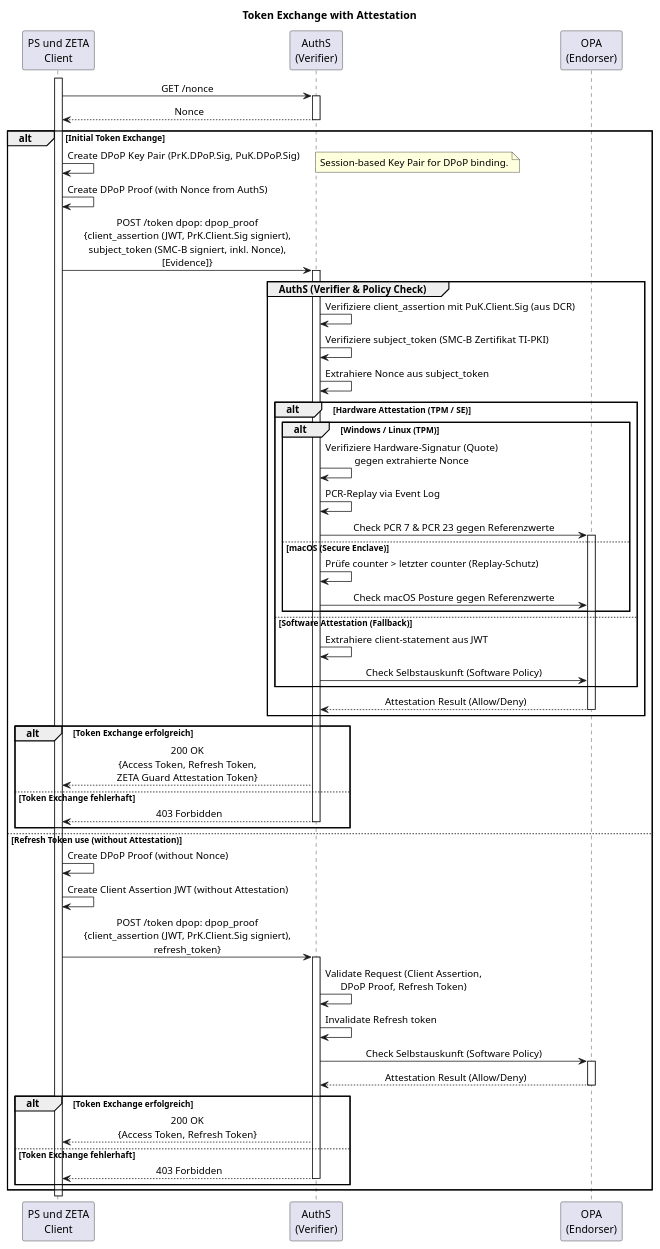
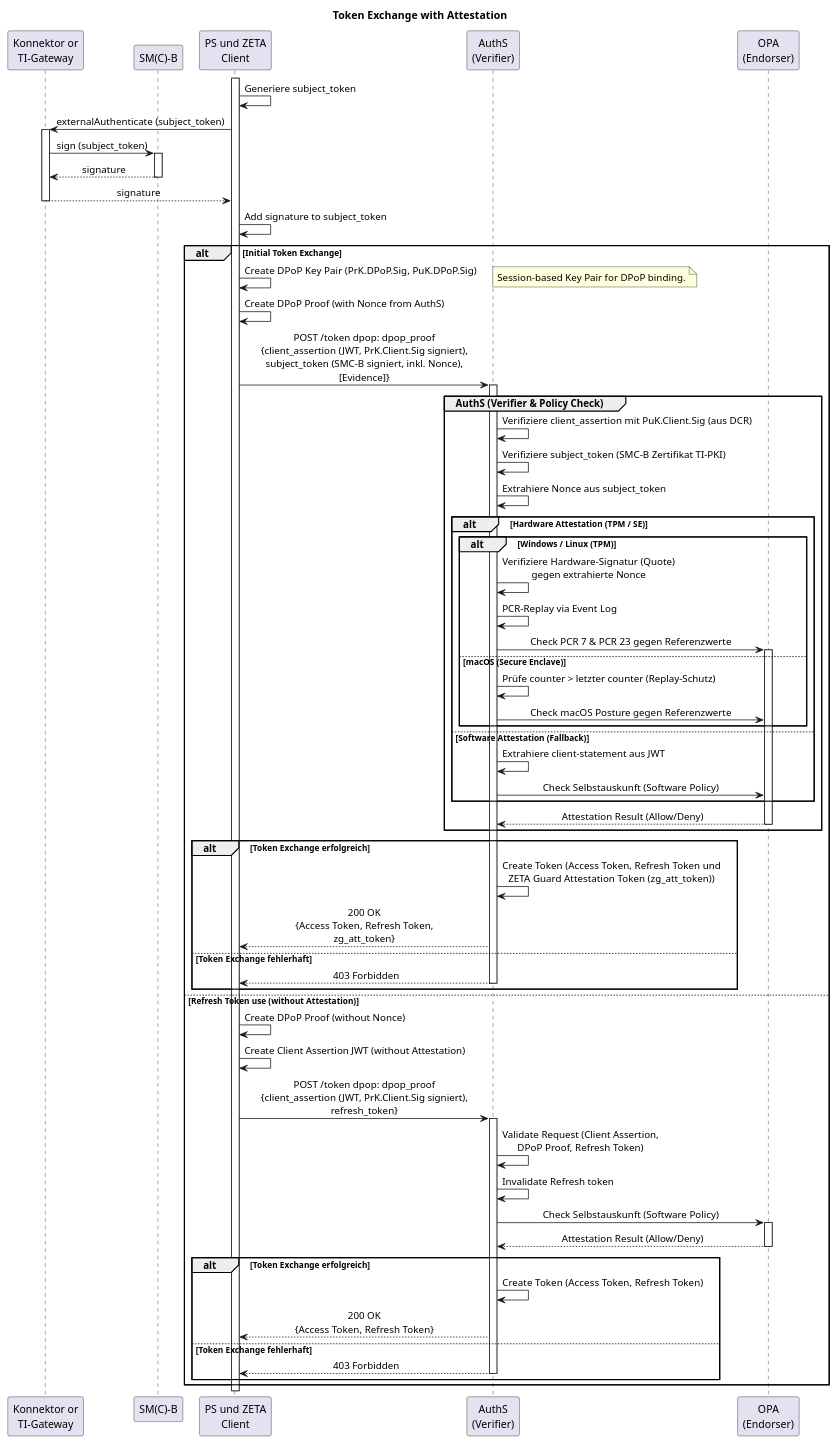
One commit to gematik/zeta changed the diagram in src/plantuml/tmp/attestation-flows/token-exchange-with-attestation.puml. Above: the diagram before and after it, drawn with PlantUML. The commit also changed 3 other files, not shown here.

Commit message:
refactor: update attestation flow PlantUML diagrams to clarify token exchange and hardware TPM processes

```diff
--- a/src/plantuml/tmp/attestation-flows/token-exchange-with-attestation.puml
+++ b/src/plantuml/tmp/attestation-flows/token-exchange-with-attestation.puml
@@ -1,63 +1,72 @@
 @startuml "token-exchange-with-attestation"
 skinparam sequenceMessageAlign center
 title Token Exchange with Attestation
 
+participant Konnektor as "Konnektor or\nTI-Gateway"
+participant SMB as "SM(C)-B"
 participant "PS und ZETA\nClient" as Client
 participant "AuthS\n(Verifier)" as AuthS
 participant "OPA\n(Endorser)" as OPA
 
 Client++
-Client -> AuthS++: GET /nonce
-AuthS --> Client--: Nonce
+
+Client -> Client: Generiere subject_token
+Client -> Konnektor ++ : externalAuthenticate (subject_token)
+Konnektor -> SMB ++ : sign (subject_token)
+SMB --> Konnektor -- : signature
+Konnektor --> Client -- : signature
+Client -> Client : Add signature to subject_token
 
 alt Initial Token Exchange
     Client -> Client : Create DPoP Key Pair (PrK.DPoP.Sig, PuK.DPoP.Sig)
     note right: Session-based Key Pair for DPoP binding.
 
     Client -> Client : Create DPoP Proof (with Nonce from AuthS)
     Client -> AuthS++: POST /token dpop: dpop_proof\n{client_assertion (JWT, PrK.Client.Sig signiert),\nsubject_token (SMC-B signiert, inkl. Nonce),\n[Evidence]}
 
     group AuthS (Verifier & Policy Check)
         AuthS -> AuthS: Verifiziere client_assertion mit PuK.Client.Sig (aus DCR)
         AuthS -> AuthS: Verifiziere subject_token (SMC-B Zertifikat TI-PKI)
         AuthS -> AuthS: Extrahiere Nonce aus subject_token
         
         alt Hardware Attestation (TPM / SE)
             alt Windows / Linux (TPM)
                 AuthS -> AuthS: Verifiziere Hardware-Signatur (Quote)\ngegen extrahierte Nonce
                 AuthS -> AuthS: PCR-Replay via Event Log
                 AuthS -> OPA++: Check PCR 7 & PCR 23 gegen Referenzwerte
             else macOS (Secure Enclave)
                 AuthS -> AuthS: Prüfe counter > letzter counter (Replay-Schutz)
                 AuthS -> OPA: Check macOS Posture gegen Referenzwerte
             end
             
         else Software Attestation (Fallback)
             AuthS -> AuthS: Extrahiere client-statement aus JWT
             AuthS -> OPA: Check Selbstauskunft (Software Policy)
         end
         
         OPA --> AuthS--: Attestation Result (Allow/Deny)
     end
 
     alt Token Exchange erfolgreich
-        AuthS --> Client: 200 OK\n{Access Token, Refresh Token,\nZETA Guard Attestation Token}
+        AuthS -> AuthS: Create Token (Access Token, Refresh Token und\nZETA Guard Attestation Token (zg_att_token))
+        AuthS --> Client: 200 OK\n{Access Token, Refresh Token,\nzg_att_token}
     else Token Exchange fehlerhaft
         AuthS --> Client--: 403 Forbidden
     end
 
 else Refresh Token use (without Attestation)
     Client -> Client : Create DPoP Proof (without Nonce)
     Client -> Client : Create Client Assertion JWT (without Attestation)
     Client -> AuthS++: POST /token dpop: dpop_proof\n{client_assertion (JWT, PrK.Client.Sig signiert),\nrefresh_token}
     AuthS -> AuthS : Validate Request (Client Assertion,\nDPoP Proof, Refresh Token)
     AuthS -> AuthS: Invalidate Refresh token
     AuthS -> OPA++: Check Selbstauskunft (Software Policy)
     OPA --> AuthS--: Attestation Result (Allow/Deny)
     alt Token Exchange erfolgreich
+        AuthS -> AuthS: Create Token (Access Token, Refresh Token)
         AuthS --> Client: 200 OK\n{Access Token, Refresh Token}
     else Token Exchange fehlerhaft
         AuthS --> Client--: 403 Forbidden
     end
 end
 @enduml
```
